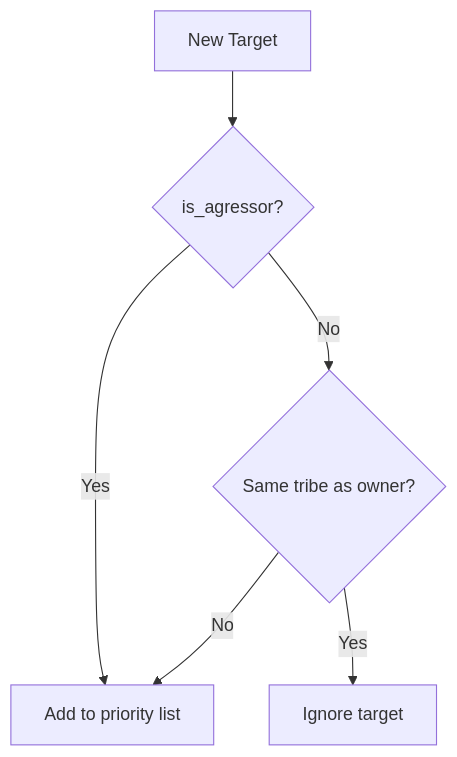
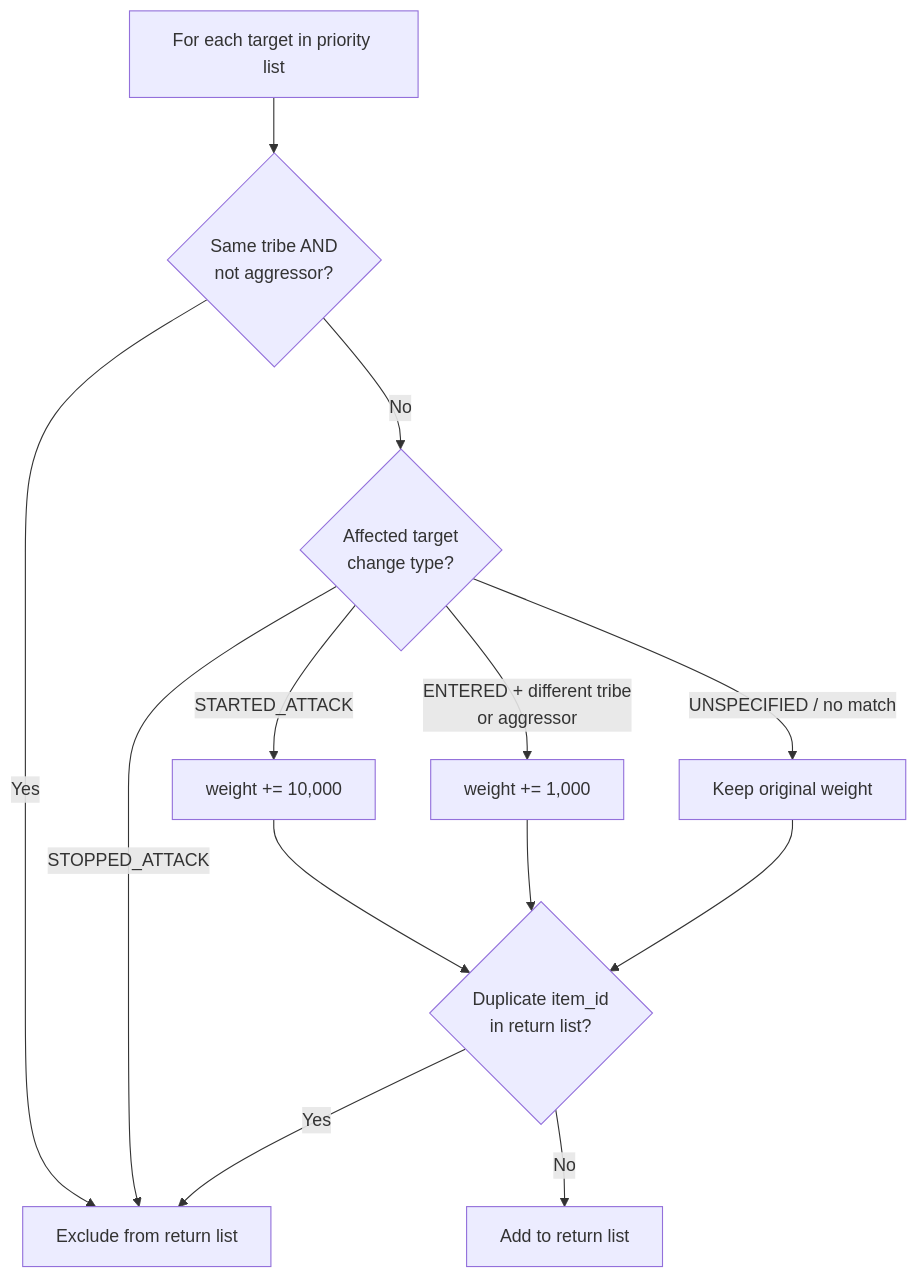
Before and after one commit to Scetrov/frontier.scetrov.live: the second of 3 diagrams in content/develop/world-contracts/assemblies/turret.move.md, drawn with Mermaid. The commit also changed other lines of this file and 8 other files, not shown here.

````diff
--- a/content/develop/world-contracts/assemblies/turret.move.md
+++ b/content/develop/world-contracts/assemblies/turret.move.md
@@ -201,8 +241,15 @@
 ```mermaid
 flowchart TD
-    A[New Target] --> B{is_agressor?}
-    B -->|Yes| C[Add to priority list]
-    B -->|No| D{Same tribe as owner?}
-    D -->|No| C
-    D -->|Yes| E[Ignore target]
+    A[For each target in priority list] --> B{Same tribe AND\nnot aggressor?}
+    B -->|Yes| X[Exclude from return list]
+    B -->|No| C{Affected target\nchange type?}
+    C -->|STOPPED_ATTACK| X
+    C -->|STARTED_ATTACK| D["weight += 10,000"]
+    C -->|ENTERED + different tribe\nor aggressor| E["weight += 1,000"]
+    C -->|UNSPECIFIED / no match| F[Keep original weight]
+    D --> G{Duplicate item_id\nin return list?}
+    E --> G
+    F --> G
+    G -->|Yes| X
+    G -->|No| H[Add to return list]
 ```
````
